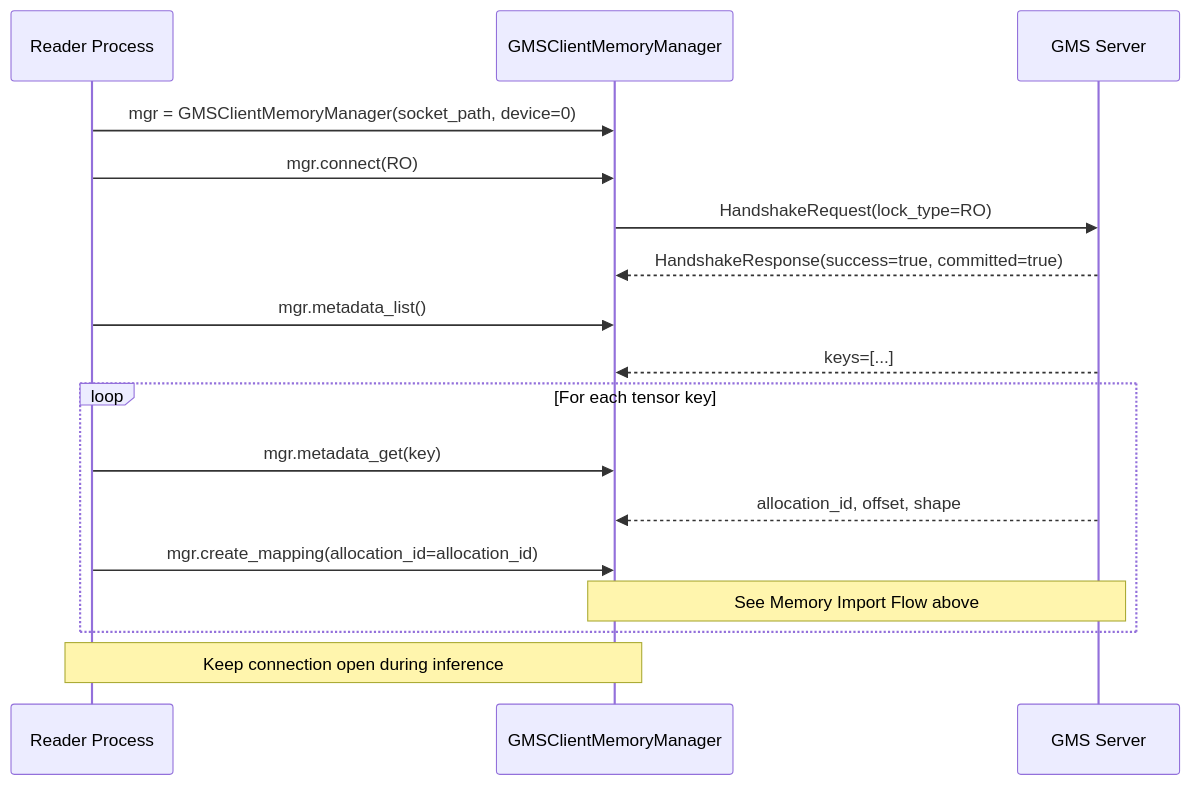
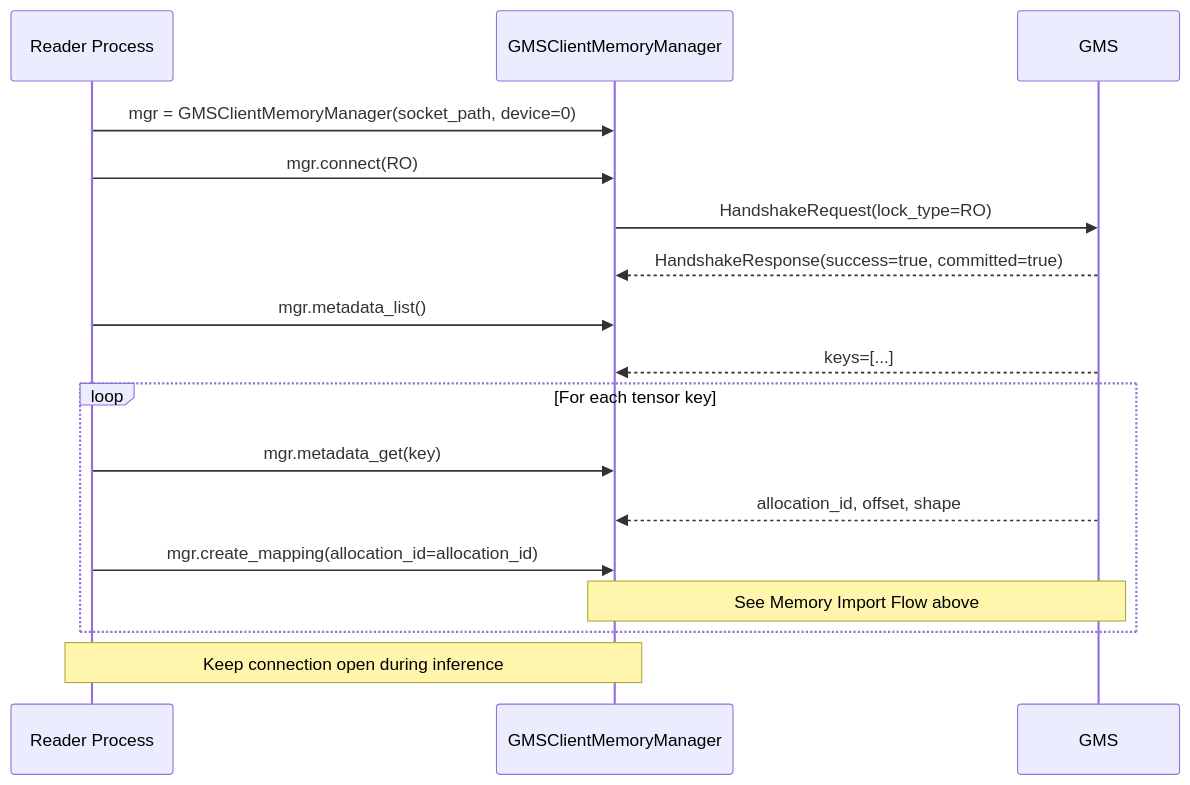
The sixth of 8 diagrams in lib/gpu_memory_service/README.md (ai-dynamo/dynamo), drawn with Mermaid before and after one commit. The commit also changed other lines of this file and 15 other files, not shown here.

Commit message:
Refactor GMS client and server session layers

````diff
--- a/lib/gpu_memory_service/README.md
+++ b/lib/gpu_memory_service/README.md
@@ -290,23 +290,23 @@
 ```mermaid
 sequenceDiagram
     participant R as Reader Process
     participant C as GMSClientMemoryManager
-    participant S as GMS Server
+    participant S as GMS
 
     R->>C: mgr = GMSClientMemoryManager(socket_path, device=0)
     R->>C: mgr.connect(RO)
     C->>S: HandshakeRequest(lock_type=RO)
     S-->>C: HandshakeResponse(success=true, committed=true)
 
     R->>C: mgr.metadata_list()
     S-->>C: keys=[...]
 
     loop For each tensor key
         R->>C: mgr.metadata_get(key)
         S-->>C: allocation_id, offset, shape
         R->>C: mgr.create_mapping(allocation_id=allocation_id)
         Note over C,S: See Memory Import Flow above
     end
 
     Note over R,C: Keep connection open during inference
 ```
````
